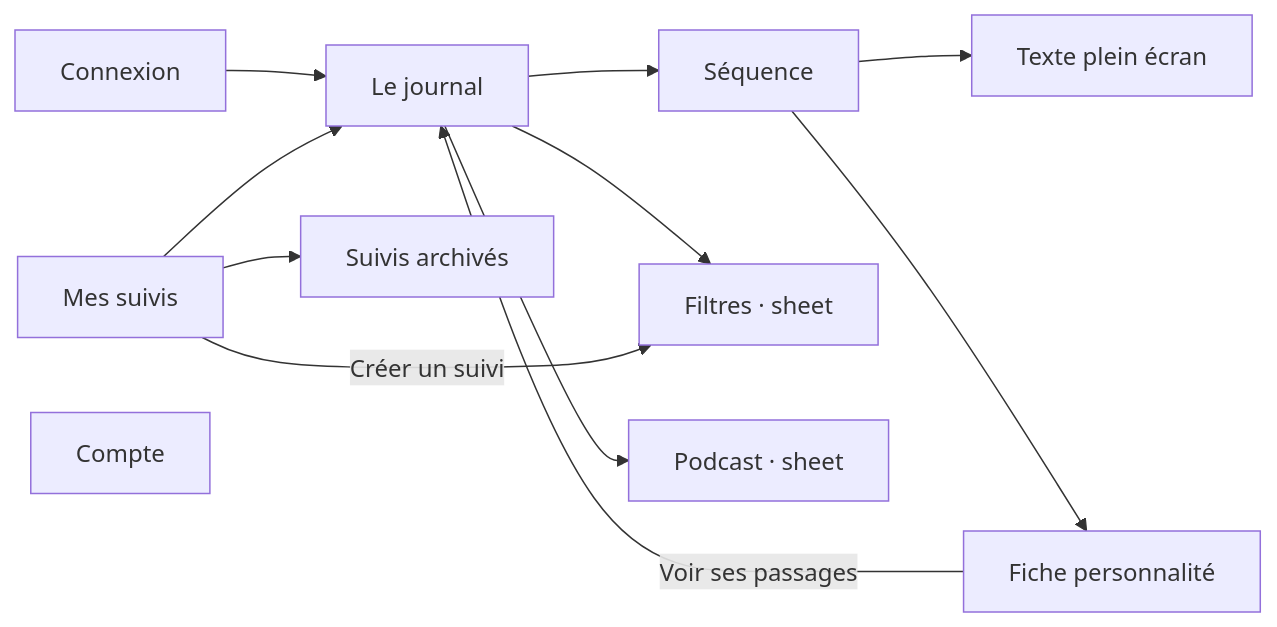
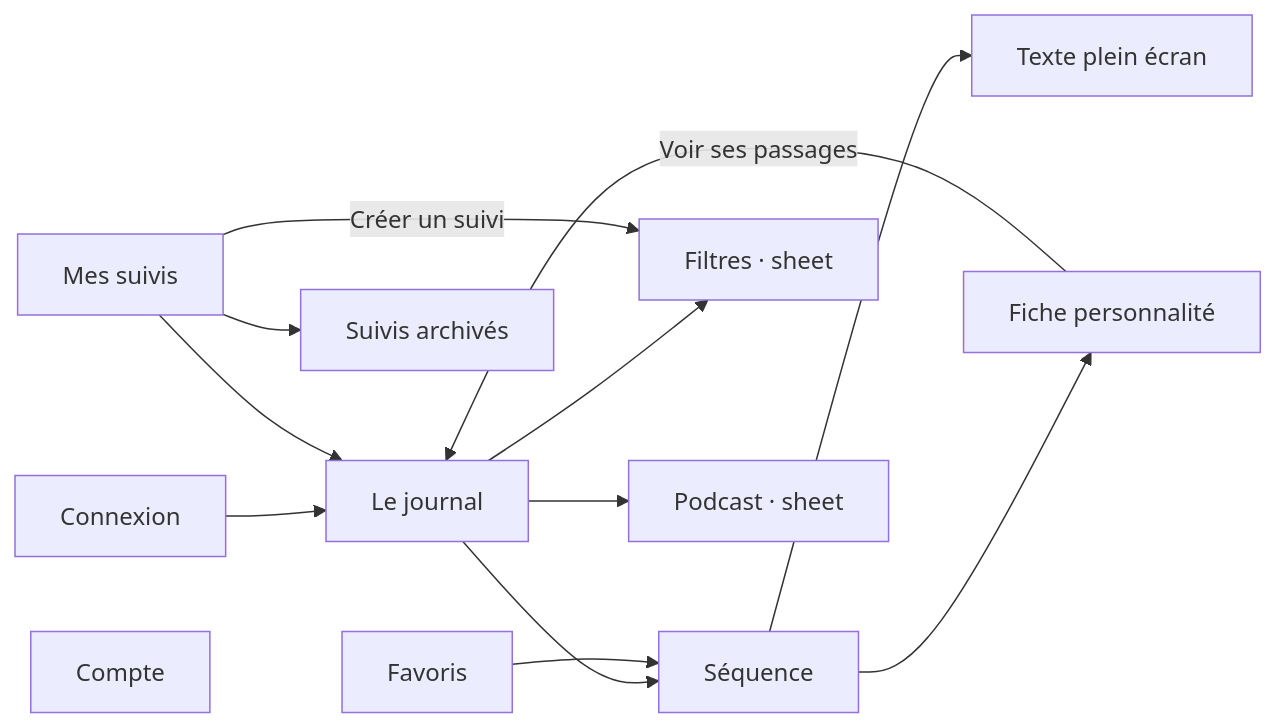
Before and after one commit to sutter/infometrie-ios-app: the diagram in aidd_docs/memory/navigation.md, drawn with Mermaid. The commit also changed other lines of this file and 12 other files, not shown here.

````diff
--- a/aidd_docs/memory/navigation.md
+++ b/aidd_docs/memory/navigation.md
@@ -15,14 +15,15 @@
 ```mermaid
 flowchart LR
     Login["Connexion"] --> Feed["Le journal"]
     Feed --> Sequence["Séquence"]
     Sequence --> Fullscreen["Texte plein écran"]
     Sequence --> Person["Fiche personnalité"]
     Person -->|Voir ses passages| Feed
     Feed --> Filters["Filtres · sheet"]
     Feed --> Podcast["Podcast · sheet"]
     Saved["Mes suivis"] --> Feed
     Saved --> Archived["Suivis archivés"]
     Saved -->|Créer un suivi| Filters
+    Favorites["Favoris"] --> Sequence
     Account["Compte"]
 ```
````
